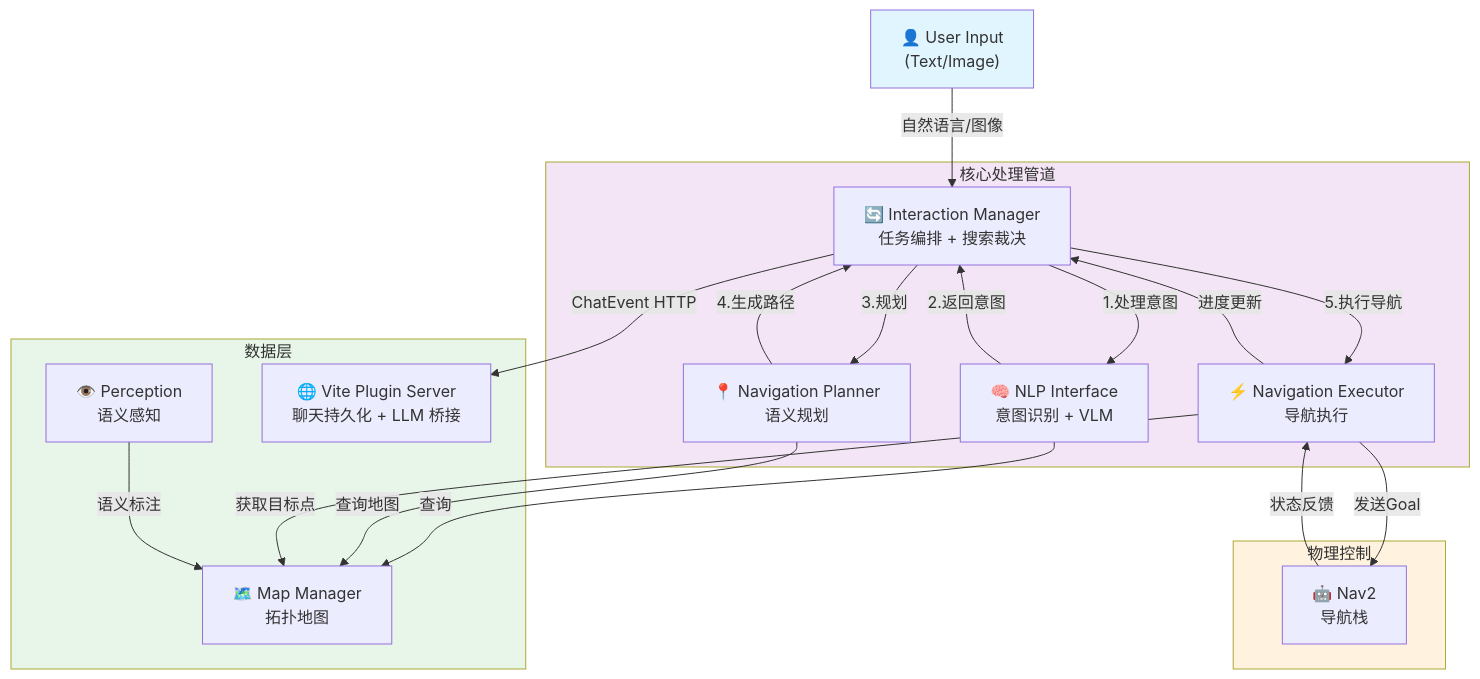
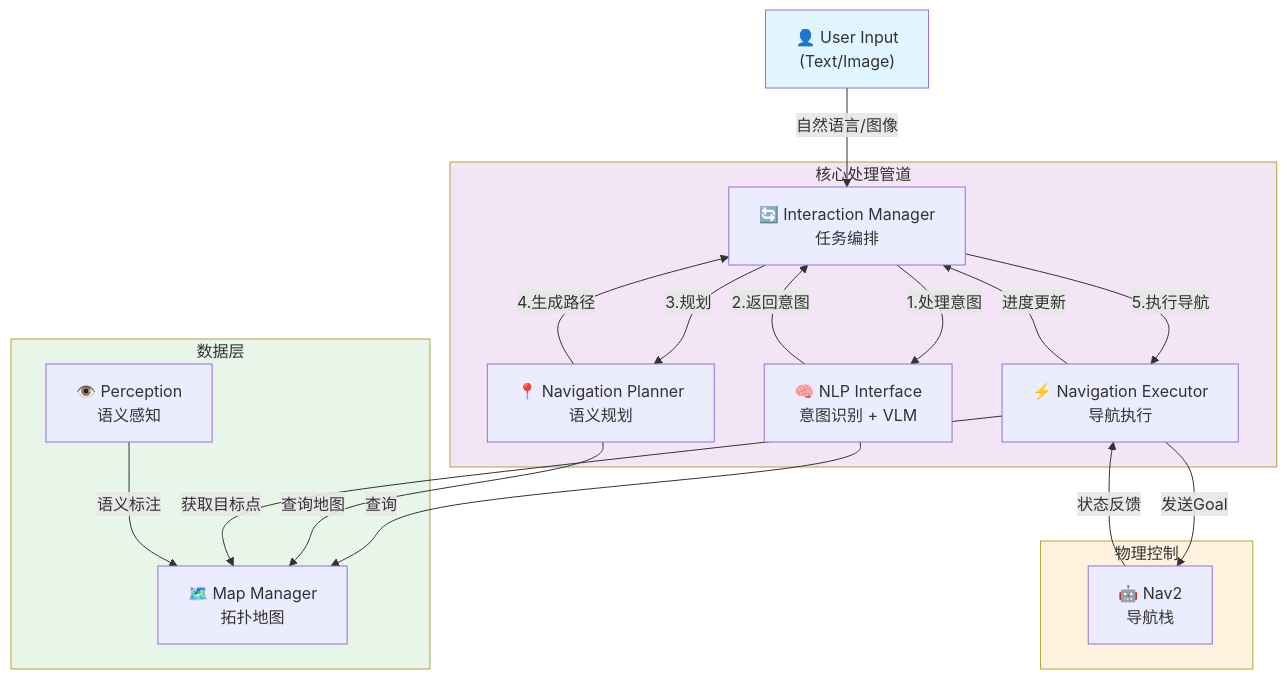
One commit to DaojiePENG/sstg-nav changed the first of 2 diagrams in README.md. Above: the diagram before and after it, drawn with Mermaid. The commit also changed other lines of this file and 340 other files, not shown here.

````diff
--- a/README.md
+++ b/README.md
@@ -28,41 +26,39 @@
 ```mermaid
 graph TB
     User["👤 User Input<br/>(Text/Image)"]
     
     subgraph Core["核心处理管道"]
-        IM["🔄 Interaction Manager<br/>任务编排 + 搜索裁决"]
+        IM["🔄 Interaction Manager<br/>任务编排"]
         NLP["🧠 NLP Interface<br/>意图识别 + VLM"]
         Planner["📍 Navigation Planner<br/>语义规划"]
         Executor["⚡ Navigation Executor<br/>导航执行"]
     end
     
     subgraph Data["数据层"]
         MapMgr["🗺️ Map Manager<br/>拓扑地图"]
         Perception["👁️ Perception<br/>语义感知"]
-        VitePlugin["🌐 Vite Plugin Server<br/>聊天持久化 + LLM 桥接"]
     end
     
     subgraph Physical["物理控制"]
         Nav2["🤖 Nav2<br/>导航栈"]
     end
     
     User -->|自然语言/图像| IM
     IM -->|1.处理意图| NLP
     NLP -->|查询| MapMgr
     NLP -->|2.返回意图| IM
     IM -->|3.规划| Planner
     Planner -->|查询地图| MapMgr
     Planner -->|4.生成路径| IM
     IM -->|5.执行导航| Executor
     Executor -->|获取目标点| MapMgr
     Executor -->|发送Goal| Nav2
     Nav2 -->|状态反馈| Executor
     Executor -->|进度更新| IM
     Perception -->|语义标注| MapMgr
-    IM -->|ChatEvent HTTP| VitePlugin
     
     style User fill:#e1f5ff
     style Core fill:#f3e5f5
     style Data fill:#e8f5e9
     style Physical fill:#fff3e0
 ```
````
